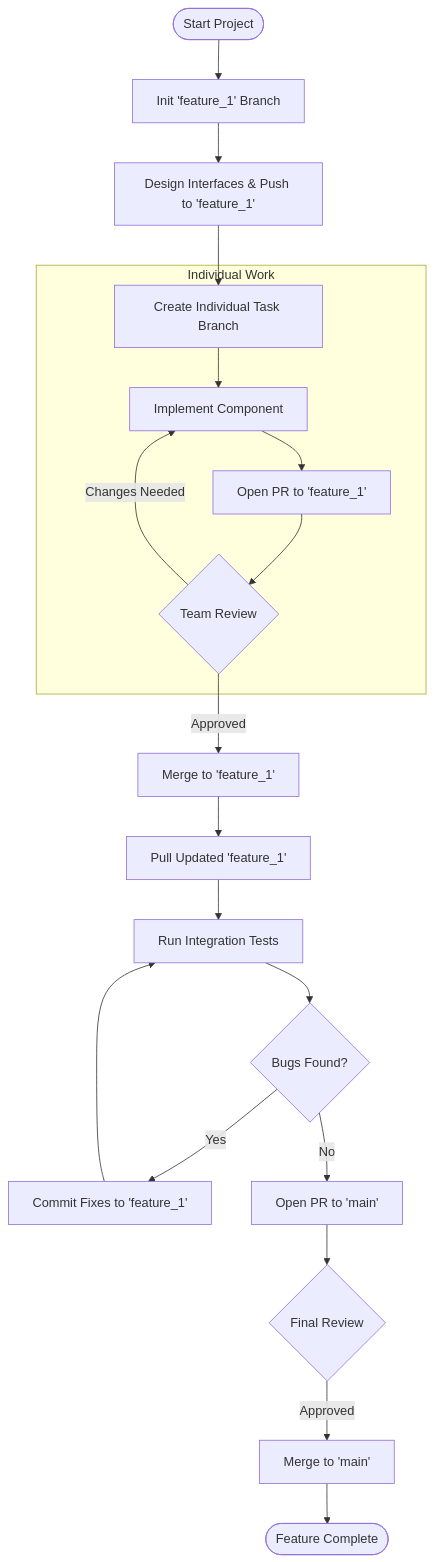
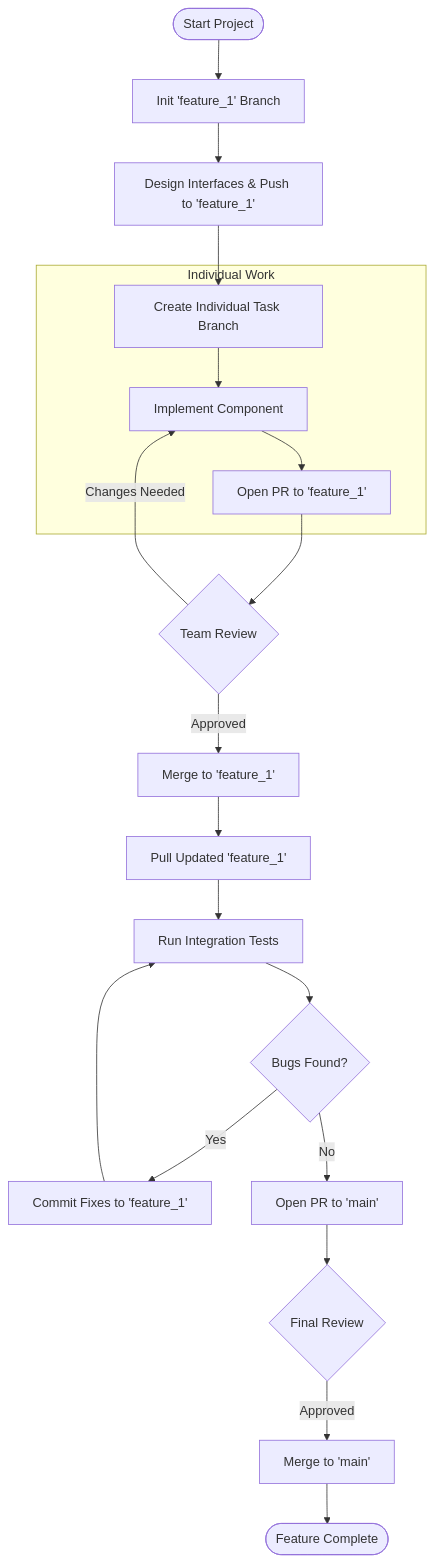
The first of 2 diagrams in README.md (cse4504-wustl/workflow), drawn with Mermaid before and after one commit.

Commit message:
Fix flow in Individual Work section of README

````diff
--- a/README.md
+++ b/README.md
@@ -2,25 +2,24 @@
 ```mermaid
 flowchart TD
     Start([Start Project]) --> InitFeature[Init 'feature_1' Branch]
     InitFeature --> Design[Design Interfaces & Push to 'feature_1']
     Design --> BranchInd[Create Individual Task Branch]
 
     subgraph Individual Work
     BranchInd --> Implement[Implement Component]
     Implement --> PR_Ind[Open PR to 'feature_1']
+    end
     Review_Ind -- Changes Needed --> Implement
-    end
-
     PR_Ind --> Review_Ind{Team Review}
     Review_Ind -- Approved --> Merge_Ind[Merge to 'feature_1']    
     Merge_Ind --> Pull[Pull Updated 'feature_1']
     Pull --> Test[Run Integration Tests]
     Test --> Fix{Bugs Found?}
     Fix -- Yes --> FixCommit[Commit Fixes to 'feature_1']
     FixCommit --> Test
     Fix -- No --> FinalPR[Open PR to 'main']
     
     FinalPR --> Review_Final{Final Review}
     Review_Final -- Approved --> MainMerge[Merge to 'main']
     MainMerge --> Done([Feature Complete])
 ```
````
